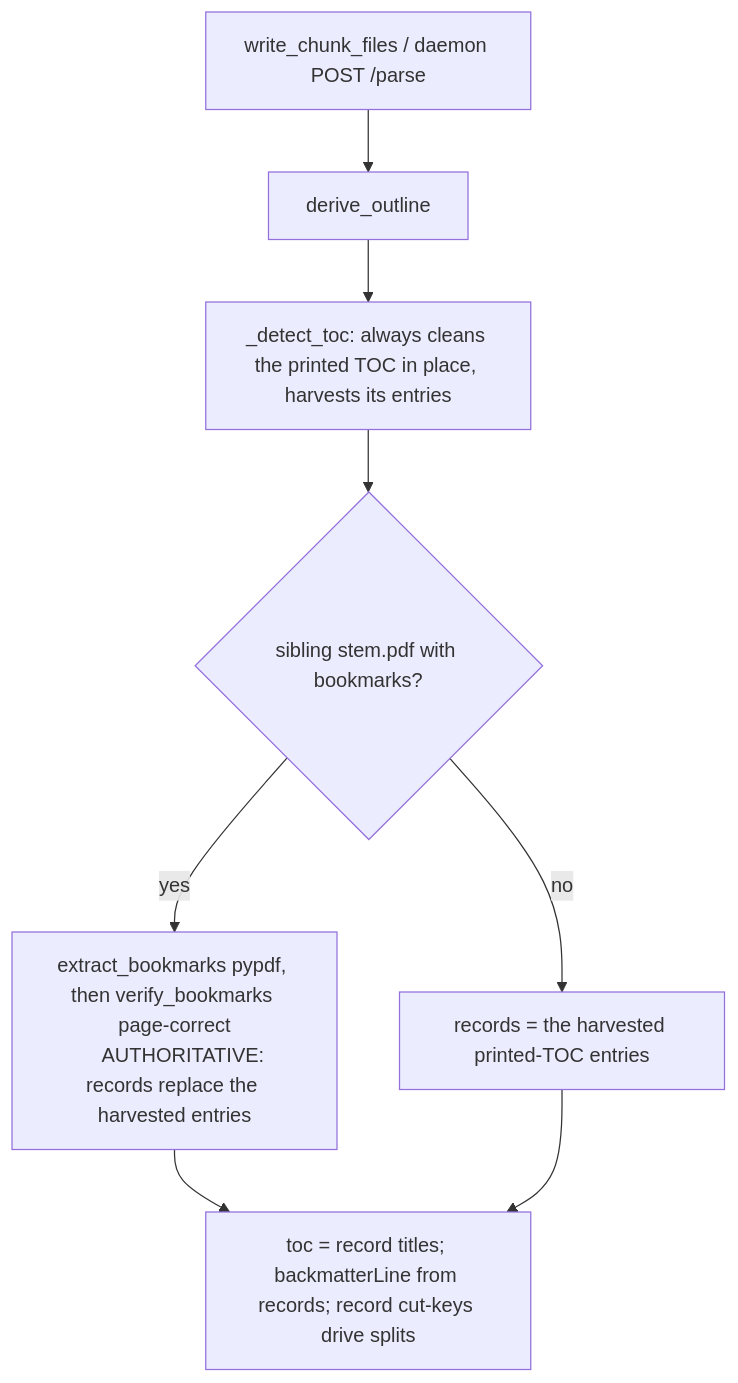
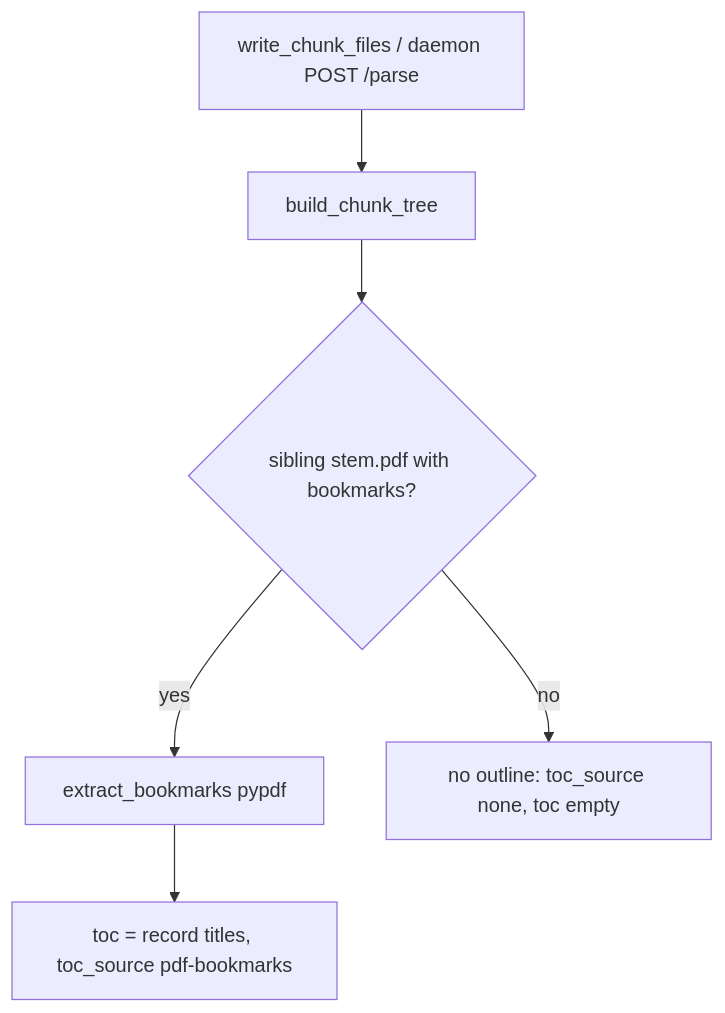
One commit to data-team-uhn/iap changed the third of 3 diagrams in modules/documents/processing/processing.md. Above: the diagram before and after it, drawn with Mermaid. The commit also changed other lines of this file and 17 other files, not shown here.

First line of the commit message:
IAP-73: Take the outline from PDF bookmarks and nothing else

````diff
--- a/modules/documents/processing/processing.md
+++ b/modules/documents/processing/processing.md
@@ -194,11 +200,8 @@
 ```mermaid
 flowchart TD
-    A["write_chunk_files / daemon POST /parse"] --> B["derive_outline"]
-    B --> C["_detect_toc: always cleans the printed TOC in place, harvests its entries"]
-    C --> D{"sibling stem.pdf with bookmarks?"}
-    D -->|yes| E["extract_bookmarks pypdf, then verify_bookmarks page-correct
-    AUTHORITATIVE: records replace the harvested entries"]
-    D -->|no| F["records = the harvested printed-TOC entries"]
-    E --> G["toc = record titles; backmatterLine from records; record cut-keys drive splits"]
-    F --> G
+    A["write_chunk_files / daemon POST /parse"] --> B["build_chunk_tree"]
+    B --> C{"sibling stem.pdf with bookmarks?"}
+    C -->|yes| D["extract_bookmarks pypdf"]
+    C -->|no| E["no outline: toc_source none, toc empty"]
+    D --> F["toc = record titles, toc_source pdf-bookmarks"]
 ```
````
